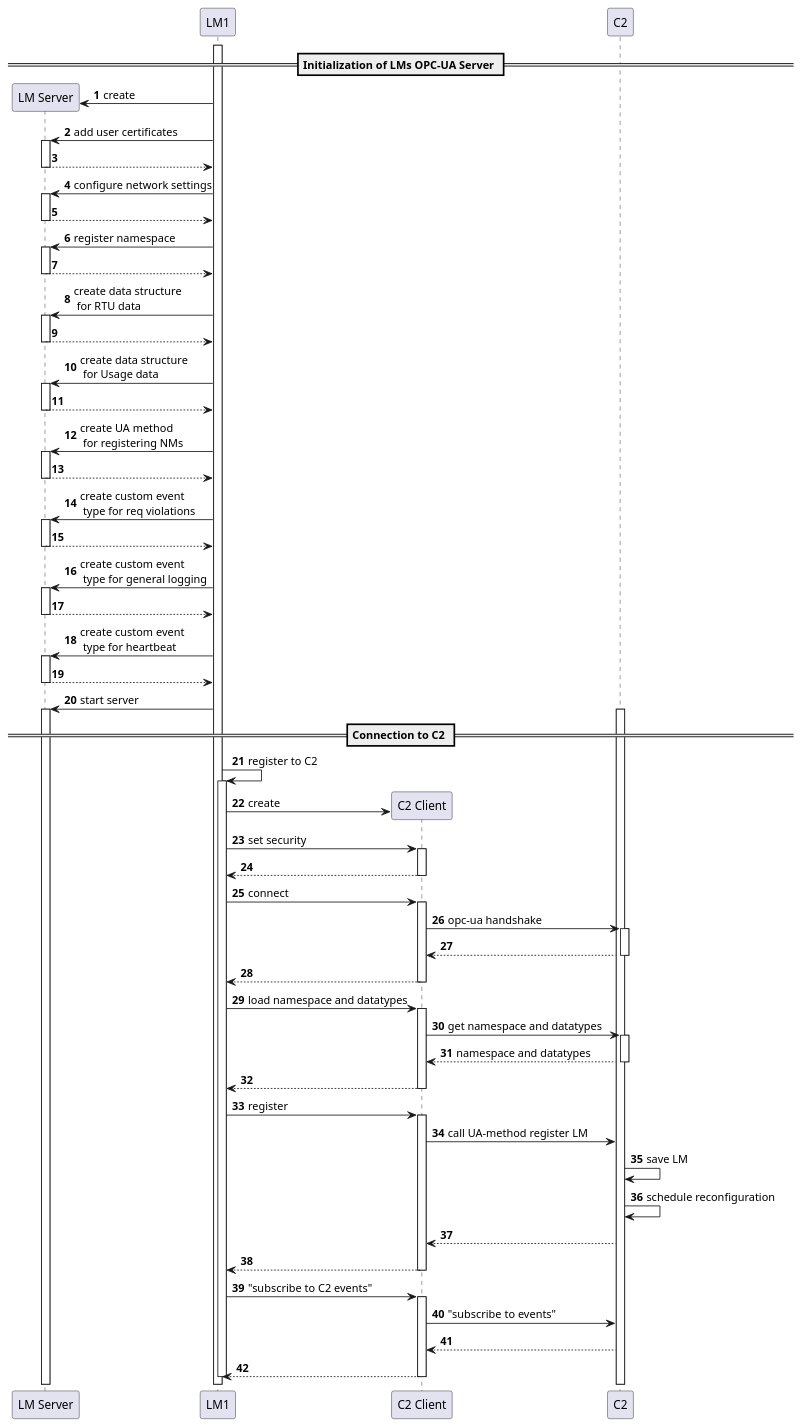
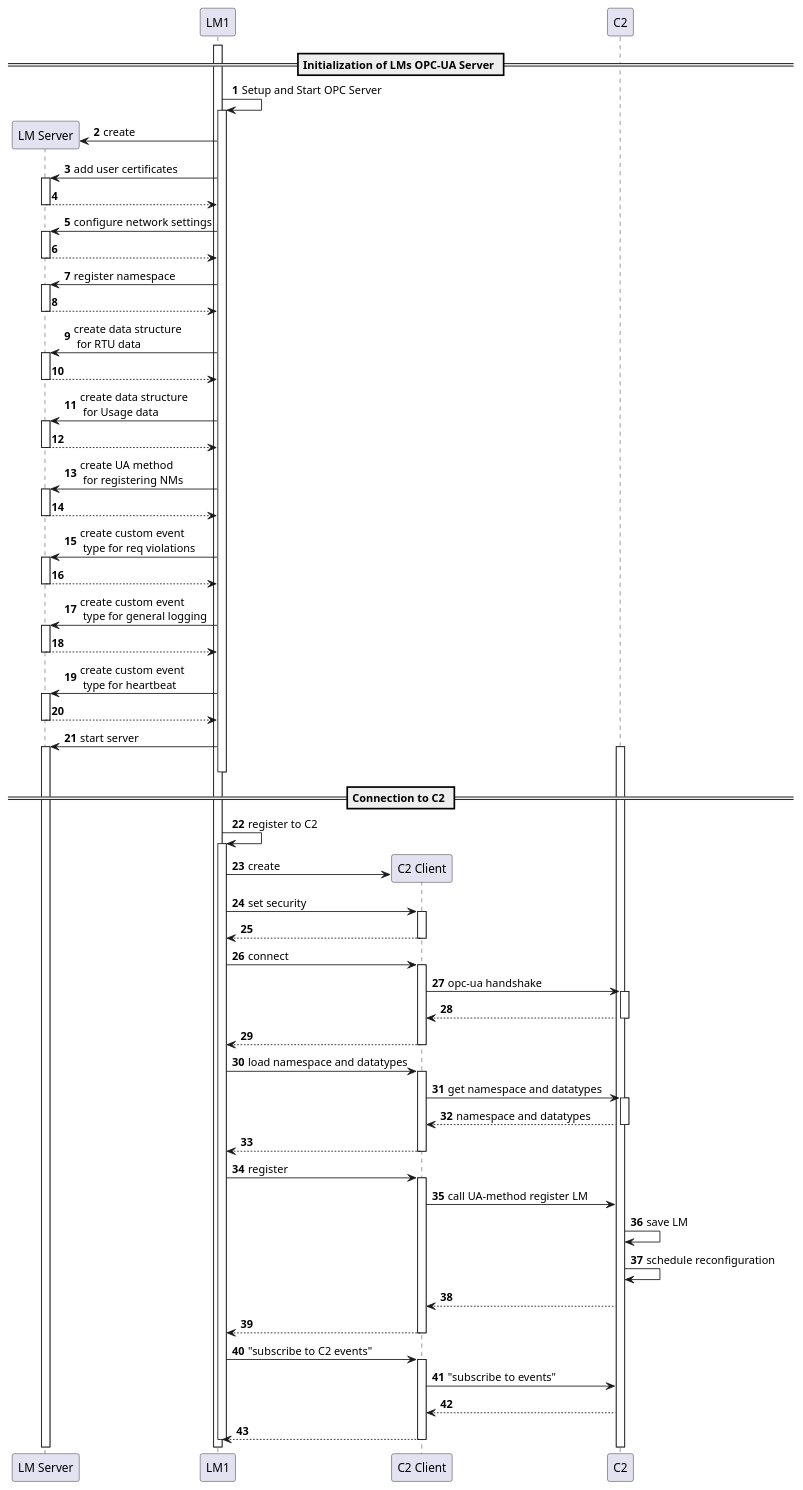
The diagram in diagrams/opcua lm.puml (PhantomPhr3ak/bachelorthesis-distributed-ids), drawn with PlantUML before and after one commit.

```diff
--- a/diagrams/opcua lm.puml
+++ b/diagrams/opcua lm.puml
@@ -1,107 +1,109 @@
 @startuml
 'https://plantuml.com/sequence-diagram
 
 autonumber
 participant "LM Server" as server order 0
 participant LM1 order 1
 participant "C2 Client" as Client order 2
 participant C2 order 3
 
 activate LM1
 
 == Initialization of LMs OPC-UA Server ==
 
+LM1 -> LM1 : Setup and Start OPC Server
+activate LM1
 LM1 -> server ** : create
 LM1 -> server : add user certificates
 activate server
 server --> LM1
 deactivate server
 LM1 -> server : configure network settings
 activate server
 server --> LM1
 deactivate server
 LM1 -> server : register namespace
 activate server
 server --> LM1
 deactivate server
 LM1 -> server : create data structure\n for RTU data
 activate server
 server --> LM1
 deactivate server
 LM1 -> server : create data structure\n for Usage data
 activate server
 server --> LM1
 deactivate server
 LM1 -> server : create UA method\n for registering NMs
 activate server
 server --> LM1
 deactivate server
 LM1 -> server : create custom event\n type for req violations
 activate server
 server --> LM1
 deactivate server
 LM1 -> server : create custom event\n type for general logging
 activate server
 server --> LM1
 deactivate server
 LM1 -> server : create custom event\n type for heartbeat
 activate server
 server --> LM1
 deactivate server
 LM1 -> server : start server
 activate server
 'LM1 -> server :
-
+deactivate LM1
 
 == Connection to C2 ==
 activate C2
 LM1 -> LM1 : register to C2
 activate LM1
 LM1 -> Client **: create
 'activate Client
 'deactivate Client
 
 LM1 -> Client : set security
 activate Client
 Client --> LM1
 deactivate Client
 
 LM1 -> Client : connect
 activate Client
 Client -> C2 : opc-ua handshake
 activate C2
 C2 --> Client
 deactivate C2
 Client --> LM1
 deactivate Client
 
 
 LM1 -> Client : load namespace and datatypes
 activate Client
 Client -> C2 : get namespace and datatypes
 activate C2
 C2 --> Client : namespace and datatypes
 deactivate C2
 Client --> LM1
 deactivate Client
 
 LM1 -> Client : register
 activate Client
 Client -> C2 : call UA-method register LM
 C2 -> C2 : save LM
 C2 -> C2 : schedule reconfiguration
 C2 --> Client
 Client --> LM1
 deactivate Client
 
 LM1 -> Client : "subscribe to C2 events"
 activate Client
 Client -> C2 : "subscribe to events"
 C2 --> Client
 Client --> LM1
 deactivate Client
 
 deactivate LM1
 
 
 @enduml
```
